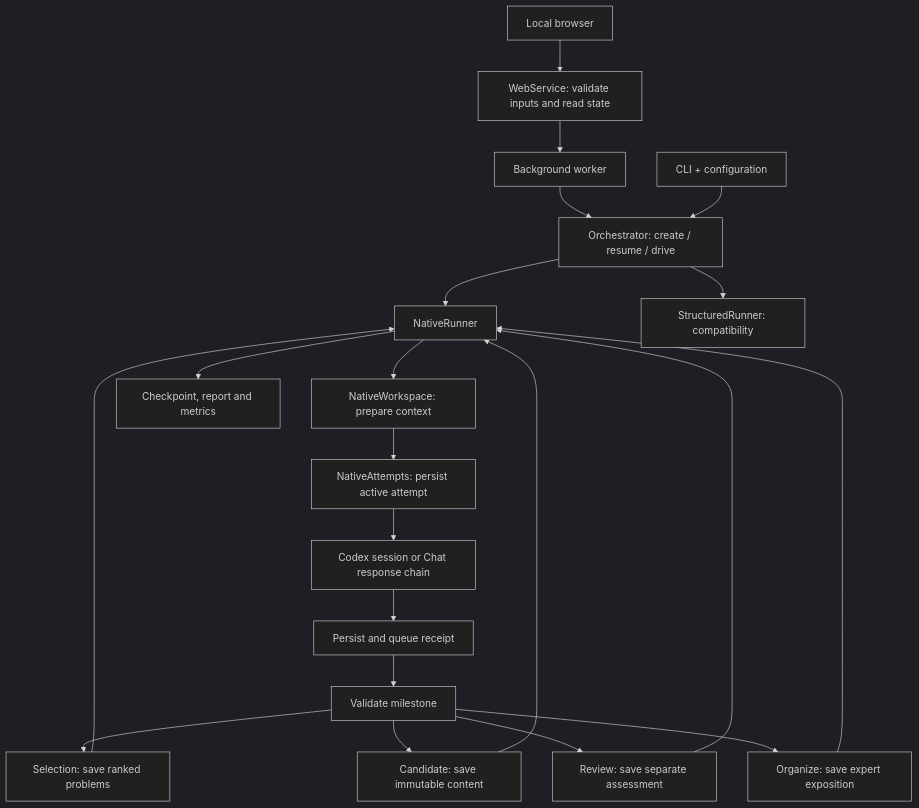
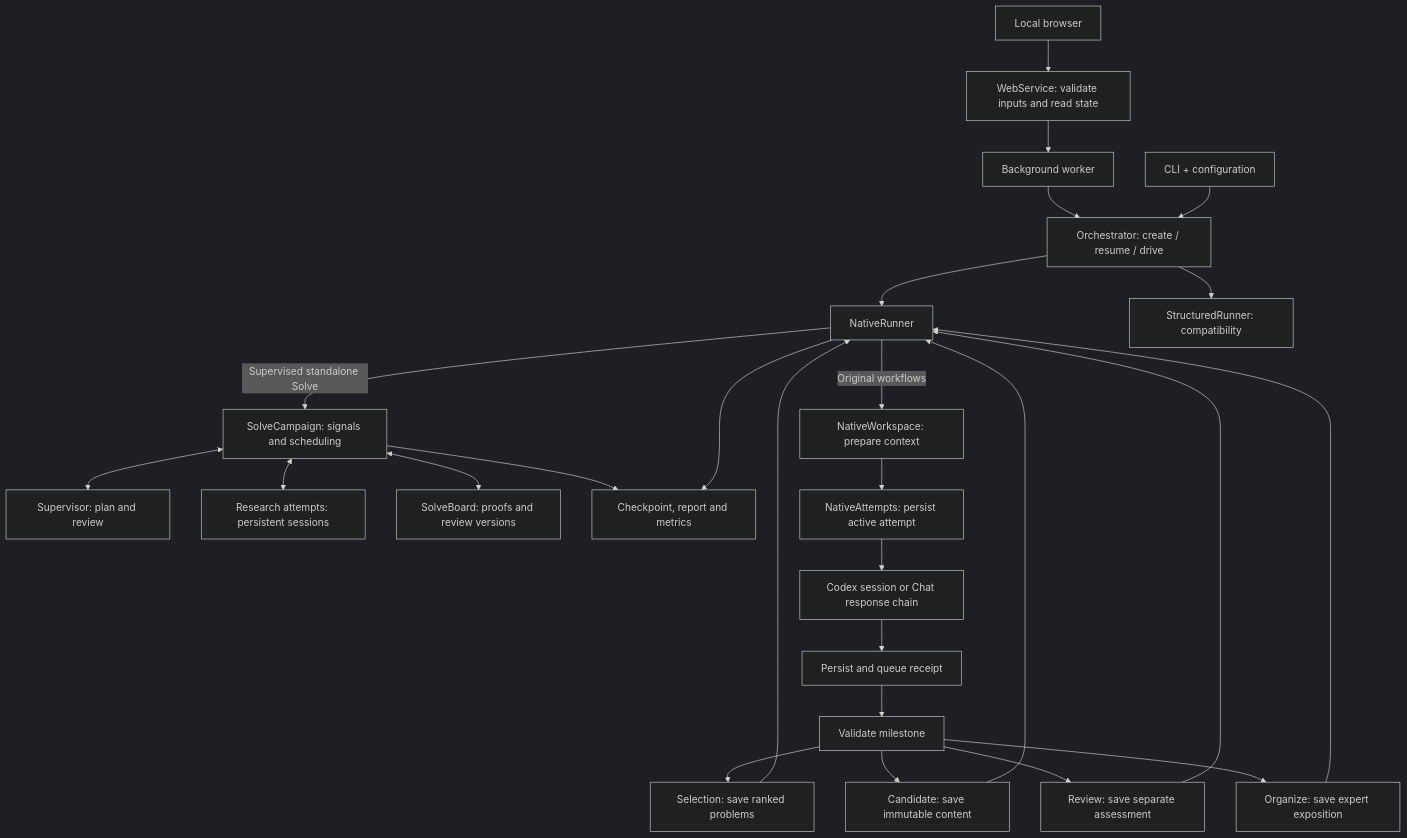
Before and after one commit to intern233/MathLottery: the diagram in docs/architecture.md, drawn with Mermaid (dark theme). The commit also changed other lines of this file and 55 other files, not shown here.

First line of the commit message:
Implement supervised Solve and document the ai4math workflow

````diff
--- a/docs/architecture.md
+++ b/docs/architecture.md
@@ -97,23 +102,28 @@
 ```mermaid
 flowchart TD
     Browser[Local browser] --> Web[WebService: validate inputs and read state]
     Web --> Worker[Background worker]
     Worker --> Engine
     CLI[CLI + configuration] --> Engine[Orchestrator: create / resume / drive]
     Engine --> Native[NativeRunner]
     Engine --> Legacy[StructuredRunner: compatibility]
-    Native --> Workspace[NativeWorkspace: prepare context]
+    Native -->|Original workflows| Workspace[NativeWorkspace: prepare context]
+    Native -->|Supervised standalone Solve| Campaign[SolveCampaign: signals and scheduling]
+    Campaign <--> Supervisor[Supervisor: plan and review]
+    Campaign <--> Researchers[Research attempts: persistent sessions]
+    Campaign <--> Board[SolveBoard: proofs and review versions]
+    Campaign --> Report
     Workspace --> Journal[NativeAttempts: persist active attempt]
     Journal --> Backend[Codex session or Chat response chain]
     Backend --> Receipt[Persist and queue receipt]
     Receipt --> Milestone[Validate milestone]
     Milestone --> Find[Selection: save ranked problems]
     Milestone --> Solve[Candidate: save immutable content]
     Milestone --> Review[Review: save separate assessment]
     Milestone --> Organize[Organize: save expert exposition]
     Find --> Native
     Solve --> Native
     Review --> Native
     Organize --> Native
     Native --> Report[Checkpoint, report and metrics]
 ```
````
